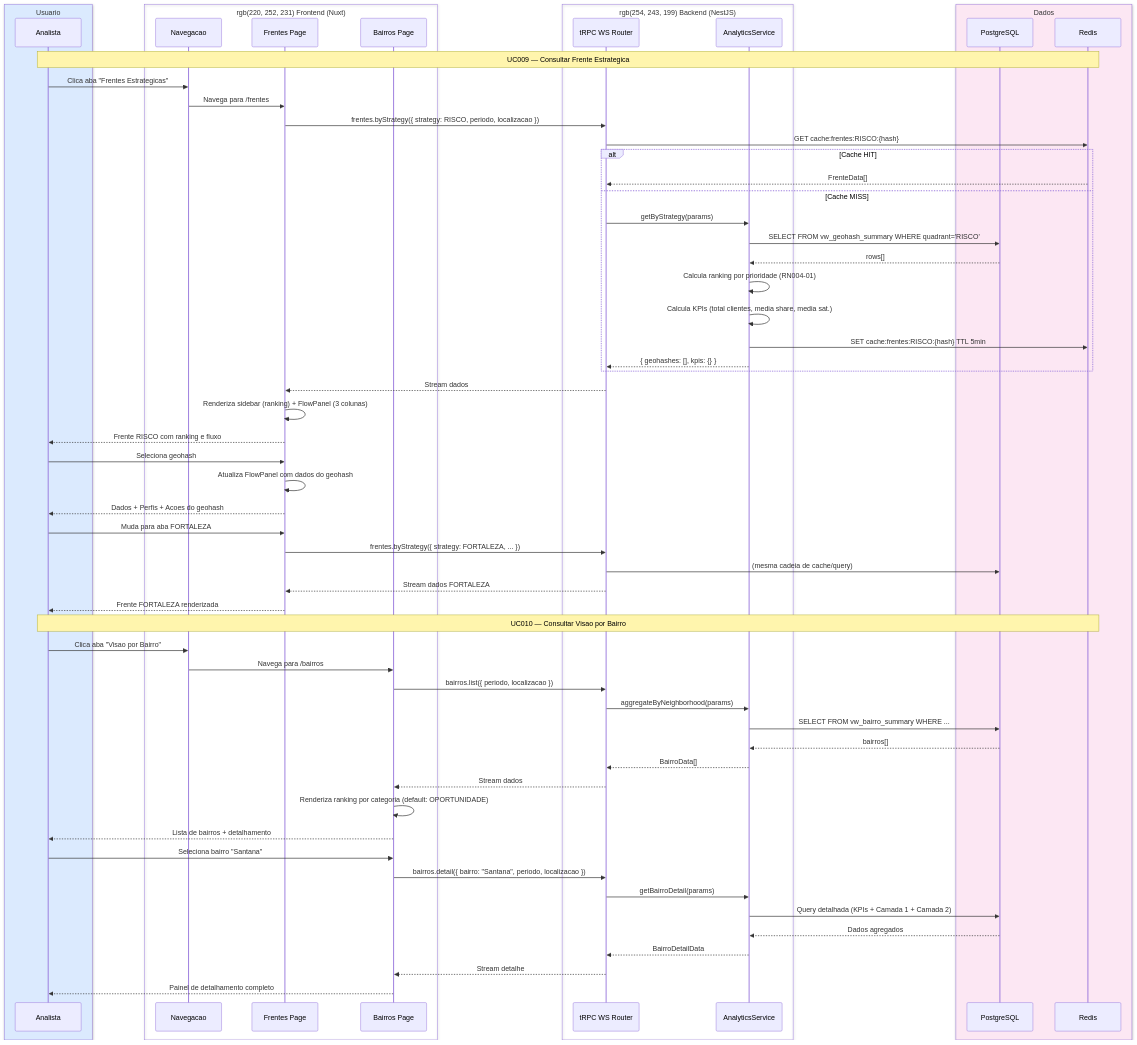
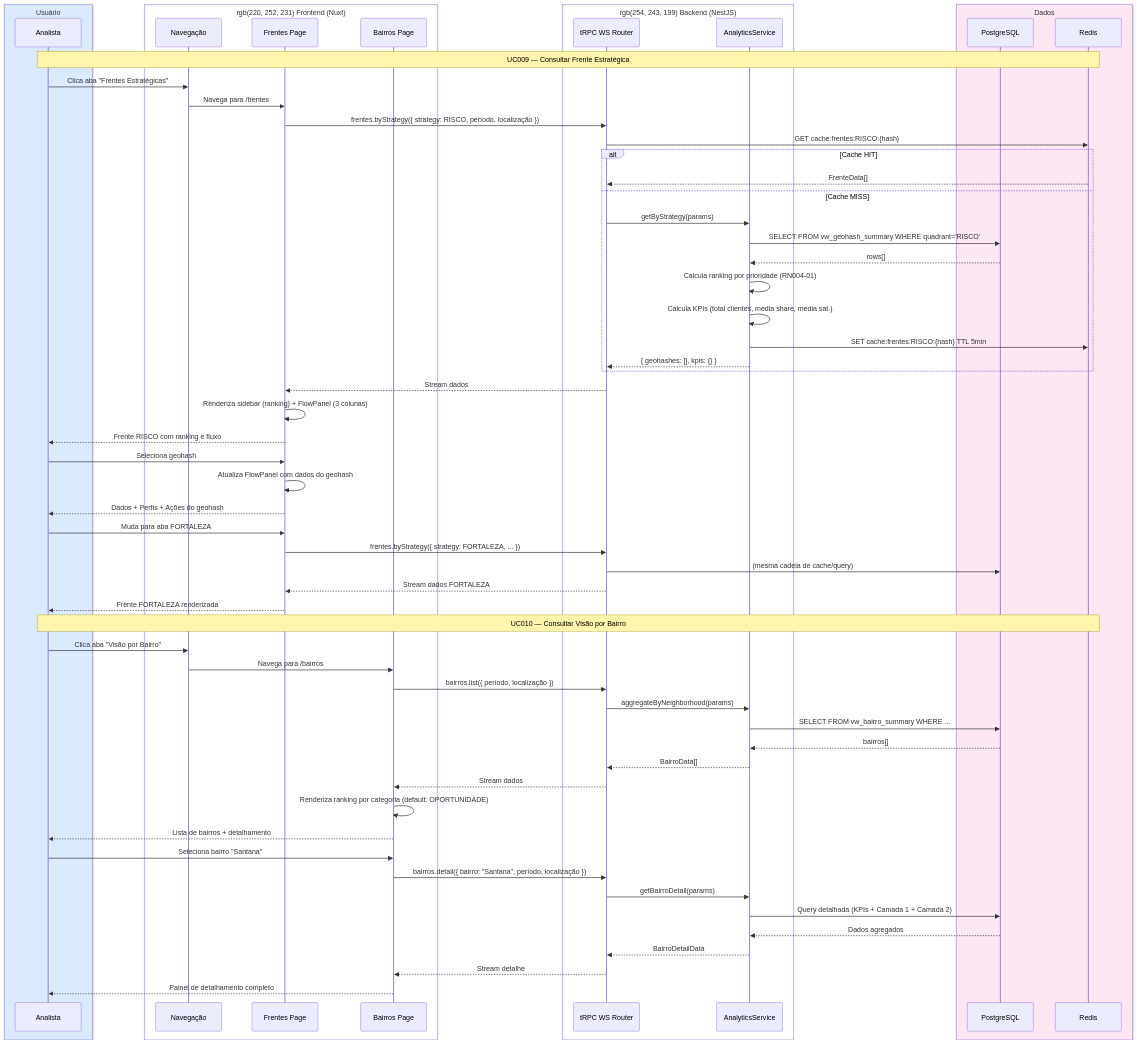
The diagram in docs/use-cases/diagrams/SD003-frentes-bairros.md (zooxsmart-ailabs/vivo), drawn with Mermaid before and after one commit. The commit also changed other lines of this file and 59 other files, not shown here.

````diff
--- a/docs/use-cases/diagrams/SD003-frentes-bairros.md
+++ b/docs/use-cases/diagrams/SD003-frentes-bairros.md
@@ -9,73 +9,73 @@
 ```mermaid
 sequenceDiagram
-    box rgb(219, 234, 254) Usuario
+    box rgb(219, 234, 254) Usuário
         participant U as Analista
     end
     box rgb(220, 252, 231) Frontend (Nuxt)
-        participant NAV as Navegacao
+        participant NAV as Navegação
         participant FRT as Frentes Page
         participant BRR as Bairros Page
     end
     box rgb(254, 243, 199) Backend (NestJS)
         participant WS as tRPC WS Router
         participant SVC as AnalyticsService
     end
     box rgb(252, 231, 243) Dados
         participant DB as PostgreSQL
         participant CACHE as Redis
     end
 
-    Note over U,CACHE: UC009 — Consultar Frente Estrategica
+    Note over U,CACHE: UC009 — Consultar Frente Estratégica
 
-    U->>NAV: Clica aba "Frentes Estrategicas"
+    U->>NAV: Clica aba "Frentes Estratégicas"
     NAV->>FRT: Navega para /frentes
-    FRT->>WS: frentes.byStrategy({ strategy: RISCO, periodo, localizacao })
+    FRT->>WS: frentes.byStrategy({ strategy: RISCO, período, localização })
     WS->>CACHE: GET cache:frentes:RISCO:{hash}
     alt Cache HIT
         CACHE-->>WS: FrenteData[]
     else Cache MISS
         WS->>SVC: getByStrategy(params)
         SVC->>DB: SELECT FROM vw_geohash_summary WHERE quadrant='RISCO'
         DB-->>SVC: rows[]
         SVC->>SVC: Calcula ranking por prioridade (RN004-01)
         SVC->>SVC: Calcula KPIs (total clientes, media share, media sat.)
         SVC->>CACHE: SET cache:frentes:RISCO:{hash} TTL 5min
         SVC-->>WS: { geohashes: [], kpis: {} }
     end
     WS-->>FRT: Stream dados
     FRT->>FRT: Renderiza sidebar (ranking) + FlowPanel (3 colunas)
     FRT-->>U: Frente RISCO com ranking e fluxo
 
     U->>FRT: Seleciona geohash #3 da lista
     FRT->>FRT: Atualiza FlowPanel com dados do geohash
-    FRT-->>U: Dados + Perfis + Acoes do geohash
+    FRT-->>U: Dados + Perfis + Ações do geohash
 
     U->>FRT: Muda para aba FORTALEZA
     FRT->>WS: frentes.byStrategy({ strategy: FORTALEZA, ... })
     WS->>DB: (mesma cadeia de cache/query)
     WS-->>FRT: Stream dados FORTALEZA
     FRT-->>U: Frente FORTALEZA renderizada
 
-    Note over U,CACHE: UC010 — Consultar Visao por Bairro
+    Note over U,CACHE: UC010 — Consultar Visão por Bairro
 
-    U->>NAV: Clica aba "Visao por Bairro"
+    U->>NAV: Clica aba "Visão por Bairro"
     NAV->>BRR: Navega para /bairros
-    BRR->>WS: bairros.list({ periodo, localizacao })
+    BRR->>WS: bairros.list({ período, localização })
     WS->>SVC: aggregateByNeighborhood(params)
     SVC->>DB: SELECT FROM vw_bairro_summary WHERE ...
     DB-->>SVC: bairros[]
     SVC-->>WS: BairroData[]
     WS-->>BRR: Stream dados
 
     BRR->>BRR: Renderiza ranking por categoria (default: OPORTUNIDADE)
     BRR-->>U: Lista de bairros + detalhamento
 
     U->>BRR: Seleciona bairro "Santana"
-    BRR->>WS: bairros.detail({ bairro: "Santana", periodo, localizacao })
+    BRR->>WS: bairros.detail({ bairro: "Santana", período, localização })
     WS->>SVC: getBairroDetail(params)
     SVC->>DB: Query detalhada (KPIs + Camada 1 + Camada 2)
     DB-->>SVC: Dados agregados
     SVC-->>WS: BairroDetailData
     WS-->>BRR: Stream detalhe
     BRR-->>U: Painel de detalhamento completo
 ```
````
